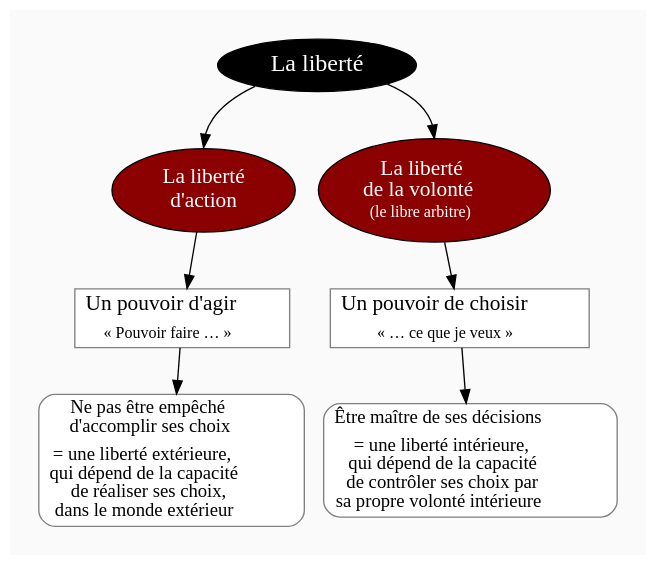
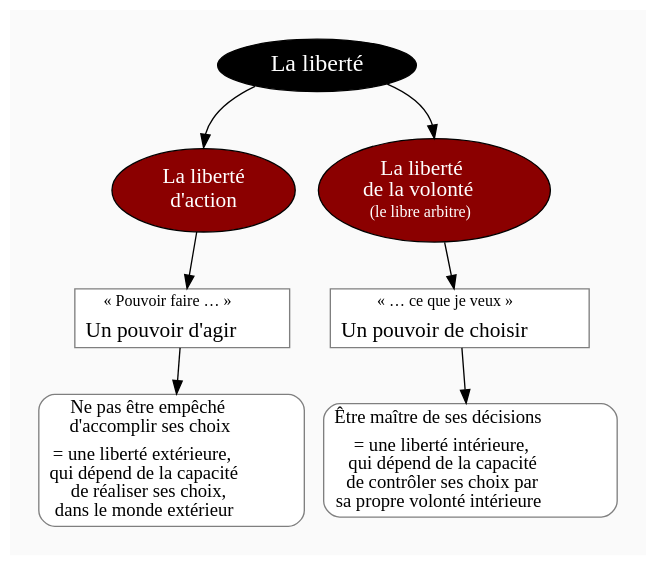
Before and after one commit to eyssette/graphviz-examples: the diagram in diagram/liberte-action-liberte-volonte.dot, drawn with Graphviz.

```diff
--- a/diagram/liberte-action-liberte-volonte.dot
+++ b/diagram/liberte-action-liberte-volonte.dot
@@ -1,90 +1,90 @@
 digraph G {
 // Template : diagram
 // Usage : 
 //rankdir=LR
 splines=true
 //splines=curved
 bgcolor=grey98
 pad=0.3
 style=filled
 edge[minlen=4]
 node[style=filled, fontcolor=white]
 ranksep=0.1
 nodesep=0.2
 
 // NIVEAU 1
 node[fillcolor=12, fontsize=18]
 a1[label="La liberté"]
 
 // NIVEAU 2
 node[fillcolor=red4, fontsize=16]
 a1->{
 b1[label="La liberté
 d'action"]    
 b2[label=<La liberté<br/>
 de la volonté<br/>
 <font point-size="3"><br/></font>
 <font point-size="12">(le libre arbitre)</font>>]
 }[headport=n]
 
 node[fontcolor=black]
 // NIVEAU 3 (sans intermédiaire)
 node [shape=box, fillcolor=white, color=grey50]
 // c1[label=""]
 b1->c1
-c1[label=<Un pouvoir d'agir<br/>
+c1[label=<<font point-size="12">« Pouvoir faire … »</font><br/>
 <font point-size="8"><br/></font>
-<font point-size="12">« Pouvoir faire … »</font>>]
+Un pouvoir d'agir>]
 b2->c2
-c2[label=<Un pouvoir de choisir<br/>
+c2[label=<<font point-size="12">« … ce que je veux »</font><br/>
 <font point-size="8"><br/></font>
-<font point-size="12">« … ce que je veux »</font>>]
+Un pouvoir de choisir<br/>>]
 
 // INTERMÉDIAIRE AVANT NIVEAU 3
 node[fillcolor=grey78, shape=oval]
 // [arrowhead=none]
 // bc1[label=""]
 
 // NIVEAU 3 (avec intermédiaire)
 node[fillcolor=white, shape=box, color=grey50]
 // c1[label=""]
 
 // NIVEAU 4
 node[style="filled,rounded", fillcolor=white, shape=box, color=grey50]
 // d1[label=""]
 
 c1->d1
 c2->d2
 
 d1[label=<<font point-size="14">Ne pas être empêché<br/>
 d'accomplir ses choix<br/></font>
 <font point-size="7"><br/></font>
 <font point-size="14">= une liberté extérieure,<br/>
 qui dépend de la capacité<br/>
 de réaliser ses choix,<br/>
 dans le monde extérieur</font>>]
 d2[label=<<font point-size="14">Être maître de ses décisions<br/></font>
 <font point-size="7"><br/></font>
 <font point-size="14">= une liberté intérieure,<br/>
 qui dépend de la capacité<br/>
 de contrôler ses choix par<br/>
 sa propre volonté intérieure</font>>]
 
 
 
 // ÉTIQUETTES EN ROUGE
 node[shape=plaintext, fontcolor=firebrick3, fillcolor=grey98]
 // e1[label=< <B>= Titre</B><BR /><BR />Contenu<BR /> >]
 // e1[label=""]
 // ->e1[minlen=1, style=invis]
 
 
 
 // REMARQUES EN BLEU
 node[color=blue, shape=box, margin=0.07, fontcolor=black, fontsize=12, style="dashed", penwidth=0.6]
 edge[color=blue, arrowhead="none", xlabel="", style="dashed", penwidth=0.6]
 // r1[label=""]
 // {rank=same;->r1}
 // {rank=same;r1->[dir=back]}
 
 }
```
